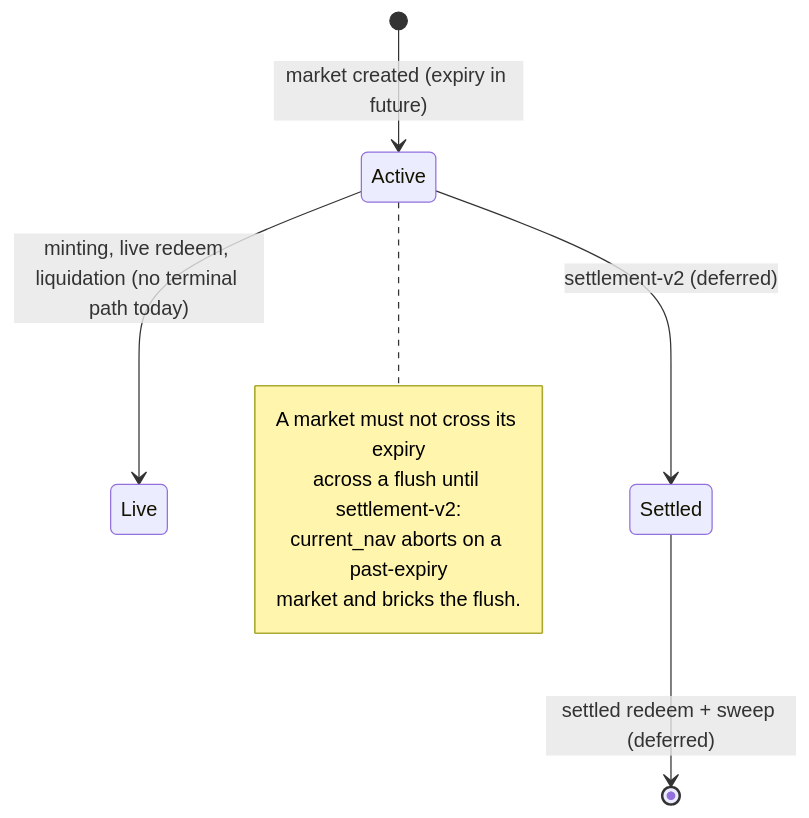
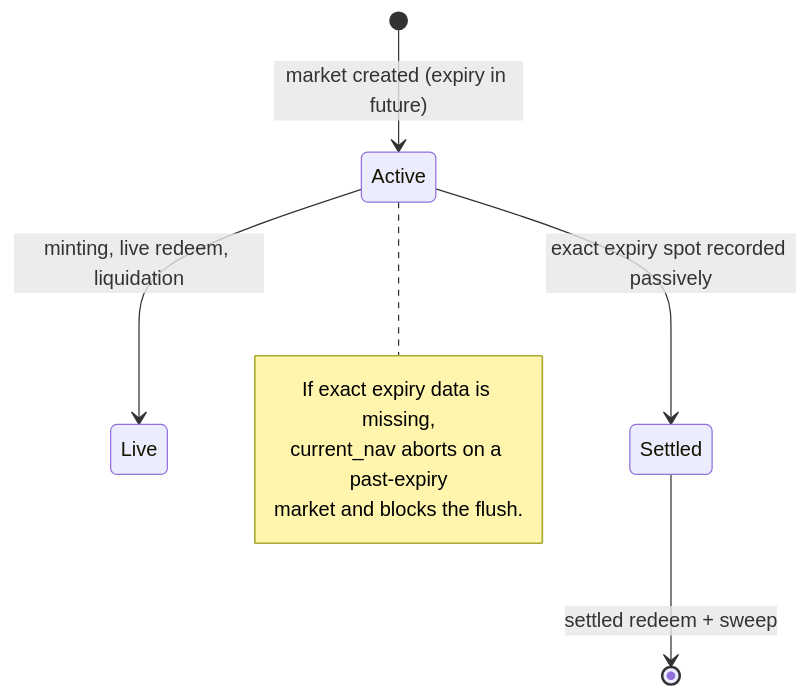
The diagram in packages/predict/docs/risks.md (MystenLabs/deepbookv3), drawn with Mermaid before and after one commit. The commit also changed other lines of this file and 23 other files, not shown here.

````diff
--- a/packages/predict/docs/risks.md
+++ b/packages/predict/docs/risks.md
@@ -49,13 +51,12 @@
 ```mermaid
 stateDiagram-v2
     [*] --> Active: market created (expiry in future)
-    Active --> Live: minting, live redeem, liquidation (no terminal path today)
-    Active --> Settled: settlement-v2 (deferred)
-    Settled --> [*]: settled redeem + sweep (deferred)
+    Active --> Live: minting, live redeem, liquidation
+    Active --> Settled: exact expiry spot recorded passively
+    Settled --> [*]: settled redeem + sweep
     note right of Active
-      A market must not cross its expiry
-      across a flush until settlement-v2:
+      If exact expiry data is missing,
       current_nav aborts on a past-expiry
-      market and bricks the flush.
+      market and blocks the flush.
     end note
 ```
````
